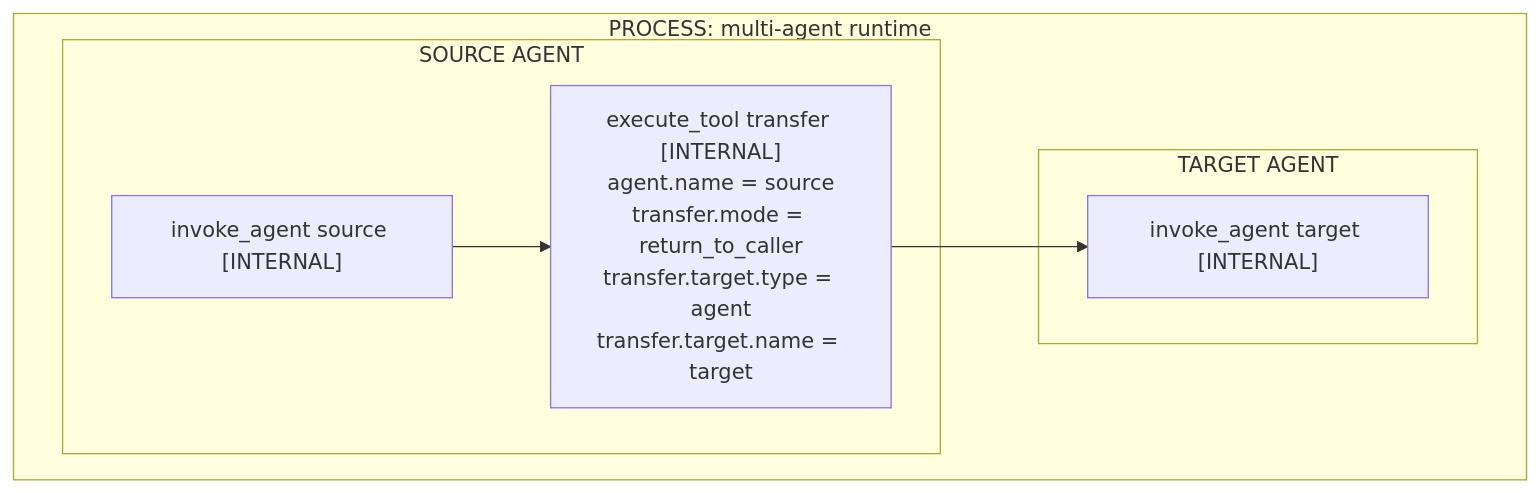
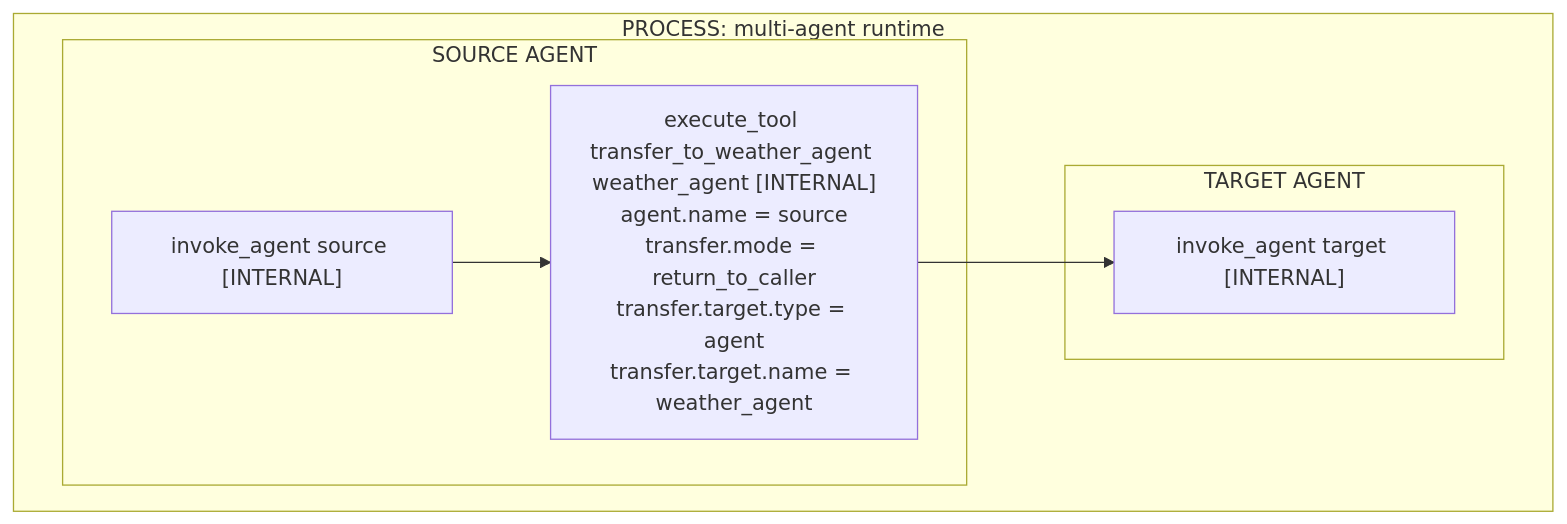
One commit to nikhilNava/semantic-conventions-genai changed the first of 2 diagrams in docs/gen-ai/non-normative/examples-agent-interactions.md. Above: the diagram before and after it, drawn with Mermaid. The commit also changed other lines of this file and 7 other files, not shown here.

````diff
--- a/docs/gen-ai/non-normative/examples-agent-interactions.md
+++ b/docs/gen-ai/non-normative/examples-agent-interactions.md
@@ -20,15 +26,15 @@
 ```mermaid
 flowchart LR
   subgraph P["PROCESS: multi-agent runtime"]
     direction LR
     subgraph S["SOURCE AGENT"]
       S1["invoke_agent source [INTERNAL]"]
-      S2["execute_tool transfer [INTERNAL]<br/>agent.name = source<br/>transfer.mode = return_to_caller<br/>transfer.target.type = agent<br/>transfer.target.name = target"]
+      S2["execute_tool transfer_to_weather_agent weather_agent [INTERNAL]<br/>agent.name = source<br/>transfer.mode = return_to_caller<br/>transfer.target.type = agent<br/>transfer.target.name = weather_agent"]
       S1 --> S2
     end
     subgraph T["TARGET AGENT"]
       T1["invoke_agent target [INTERNAL]"]
     end
     S2 --> T1
   end
 ```
````
